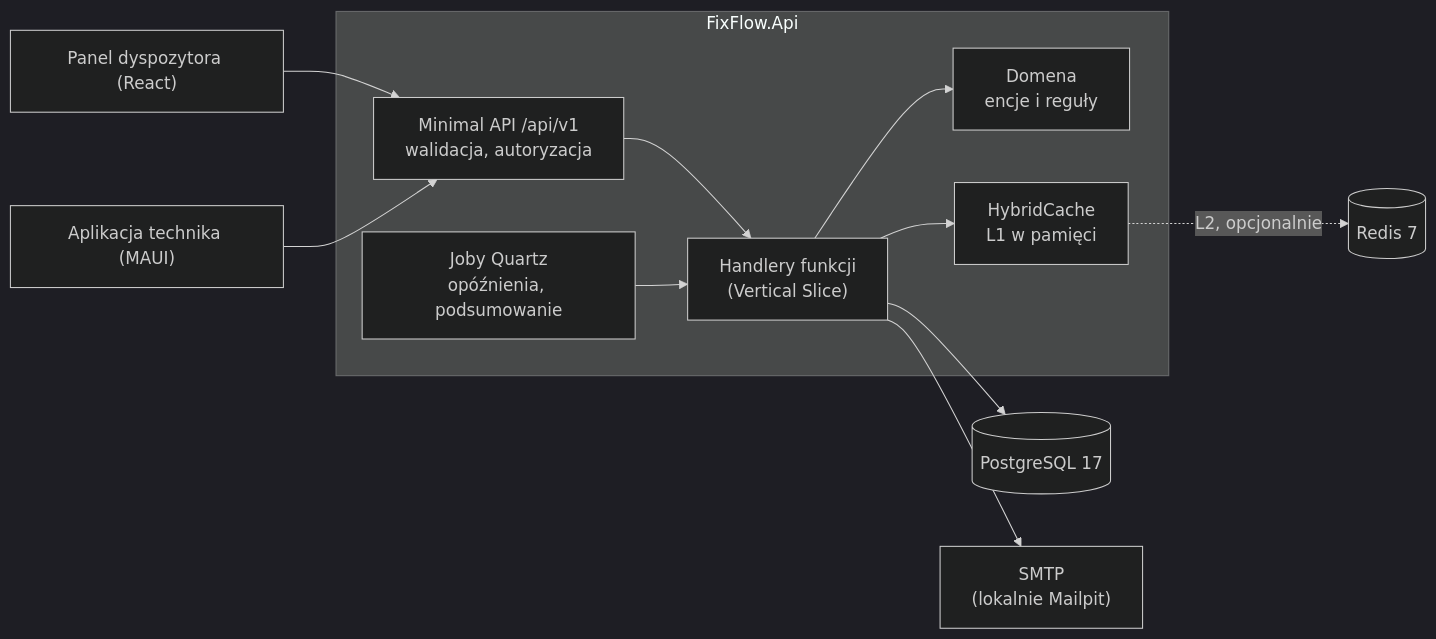
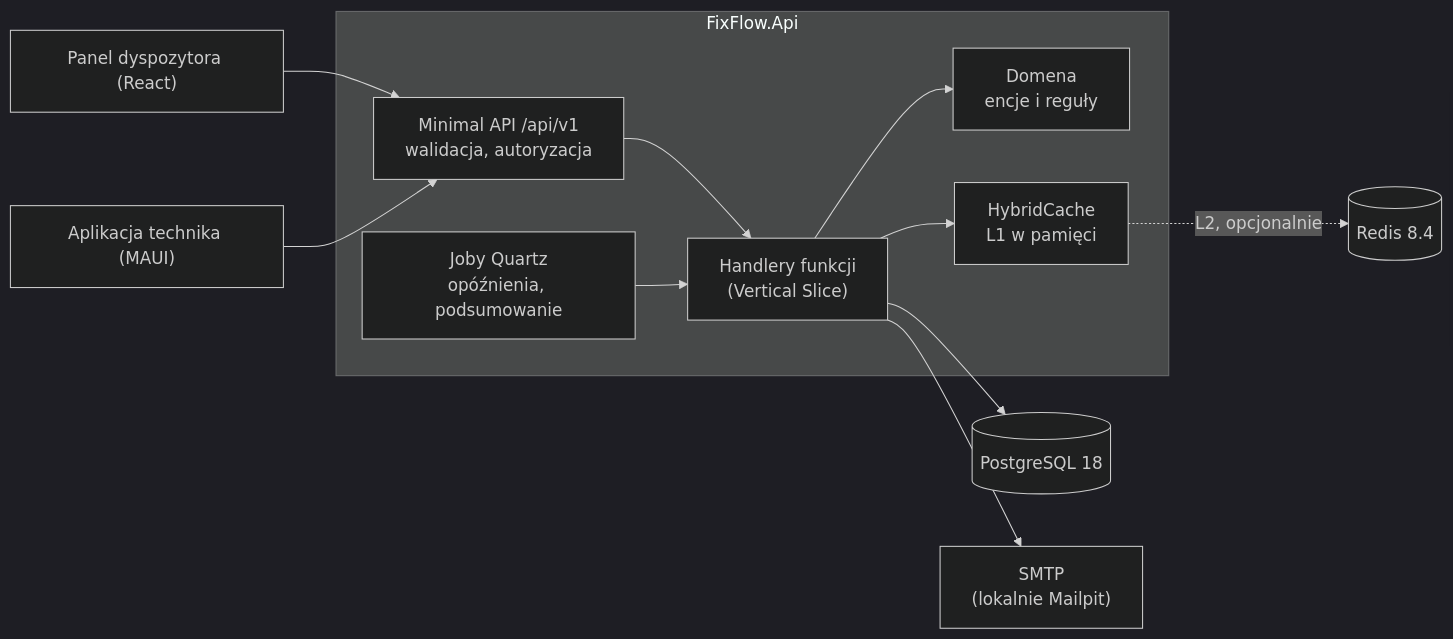
One commit to mpalus-git/FixFlow.Api changed the first of 2 diagrams in README.md. Above: the diagram before and after it, drawn with Mermaid (dark theme). The commit also changed 2 other files, not shown here.

Commit message:
build(docker): zaktualizowano PostgreSQL do 18 i Redis do 8.4

````diff
--- a/README.md
+++ b/README.md
@@ -21,16 +21,16 @@
 ```mermaid
 flowchart LR
     web["Panel dyspozytora (React)"] --> endpoints
     mobile["Aplikacja technika (MAUI)"] --> endpoints
 
     subgraph api["FixFlow.Api"]
         endpoints["Minimal API /api/v1<br/>walidacja, autoryzacja"] --> handlers["Handlery funkcji<br/>(Vertical Slice)"]
         jobs["Joby Quartz<br/>opóźnienia, podsumowanie"] --> handlers
         handlers --> domain["Domena<br/>encje i reguły"]
         handlers --> cache["HybridCache<br/>L1 w pamięci"]
     end
 
-    handlers --> postgres[("PostgreSQL 17")]
-    cache -. "L2, opcjonalnie" .-> redis[("Redis 7")]
+    handlers --> postgres[("PostgreSQL 18")]
+    cache -. "L2, opcjonalnie" .-> redis[("Redis 8.4")]
     handlers --> smtp["SMTP<br/>(lokalnie Mailpit)"]
 ```
````
